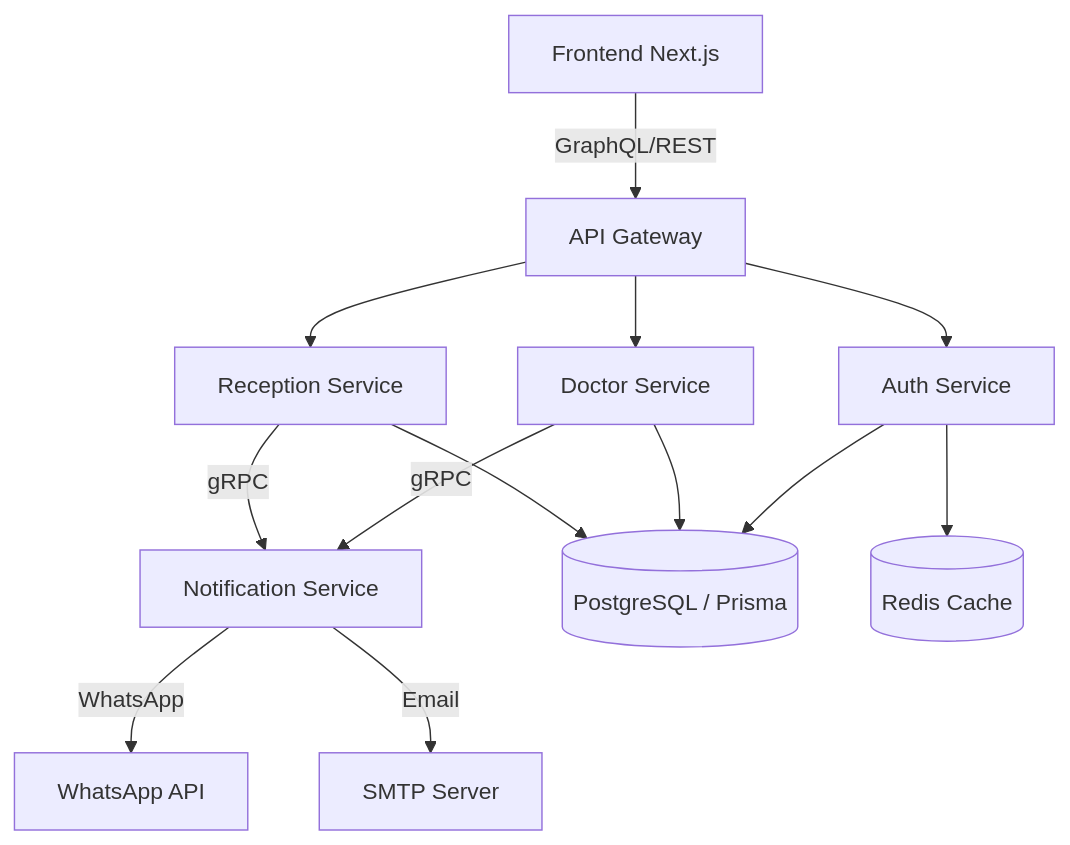
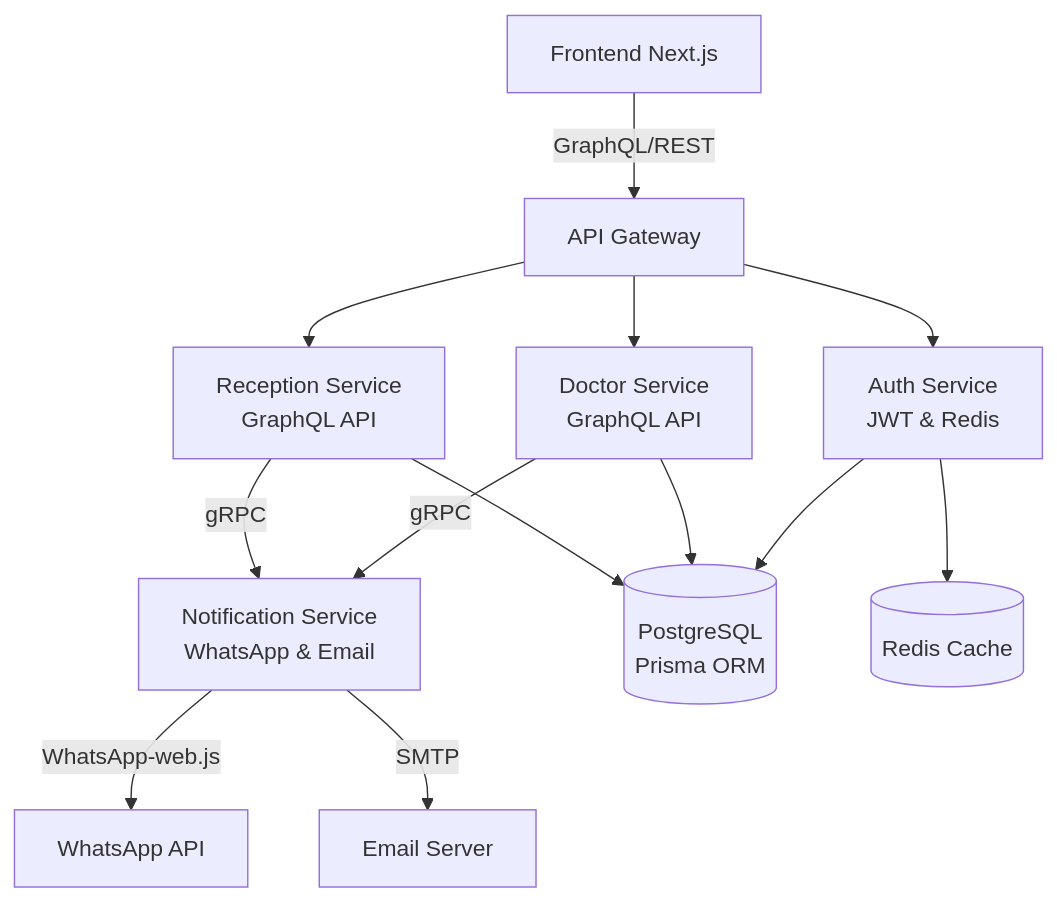
One commit to saddani-hatim/platforme_gestion_cabinets_medicale changed the diagram in README.md. Above: the diagram before and after it, drawn with Mermaid. The commit also changed other lines of this file, not shown here.

````diff
--- a/README.md
+++ b/README.md
@@ -52,12 +70,12 @@
 ```mermaid
 graph TD
     A[Frontend Next.js] -->|GraphQL/REST| B[API Gateway]
-    B --> C[Auth Service]
-    B --> D[Doctor Service]
-    B --> E[Reception Service]
-    D & E -->|gRPC| F[Notification Service]
-    F -->|WhatsApp| G[WhatsApp API]
-    F -->|Email| H[SMTP Server]
-    C & D & E --> I[(PostgreSQL / Prisma)]
+    B --> C[Auth Service<br/>JWT & Redis]
+    B --> D[Doctor Service<br/>GraphQL API]
+    B --> E[Reception Service<br/>GraphQL API]
+    D & E -->|gRPC| F[Notification Service<br/>WhatsApp & Email]
+    F -->|WhatsApp-web.js| G[WhatsApp API]
+    F -->|SMTP| H[Email Server]
+    C & D & E --> I[(PostgreSQL<br/>Prisma ORM)]
     C --> J[(Redis Cache)]
 ```
````
